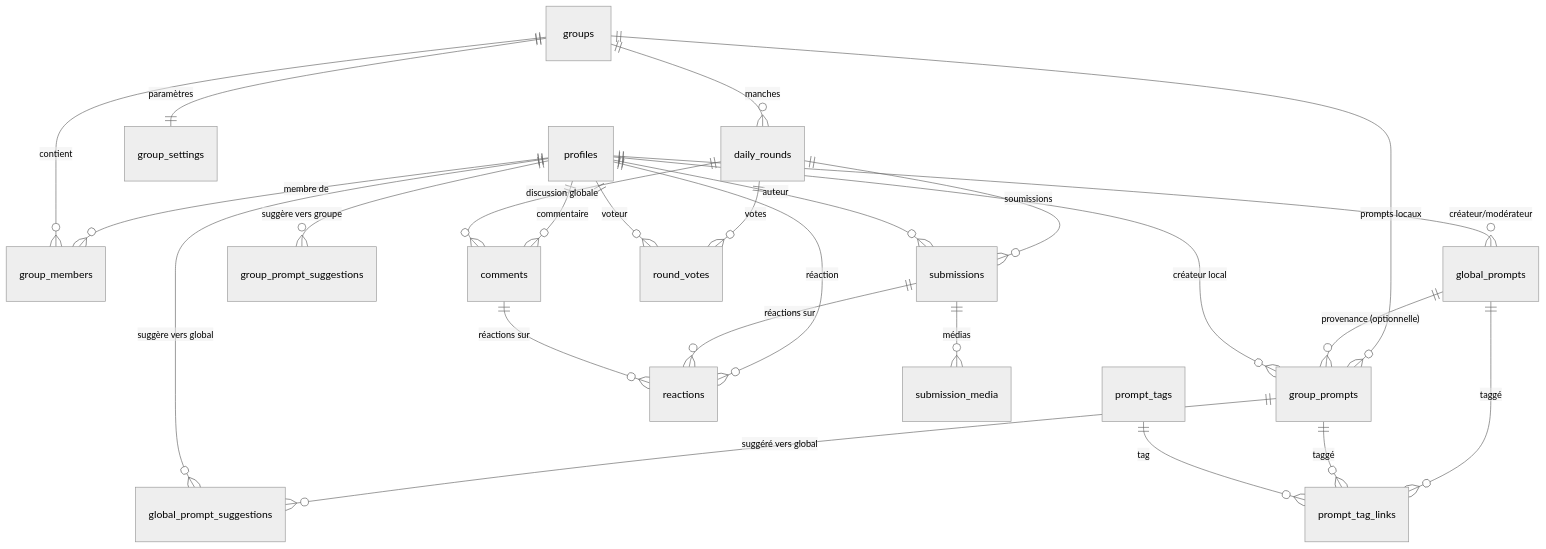
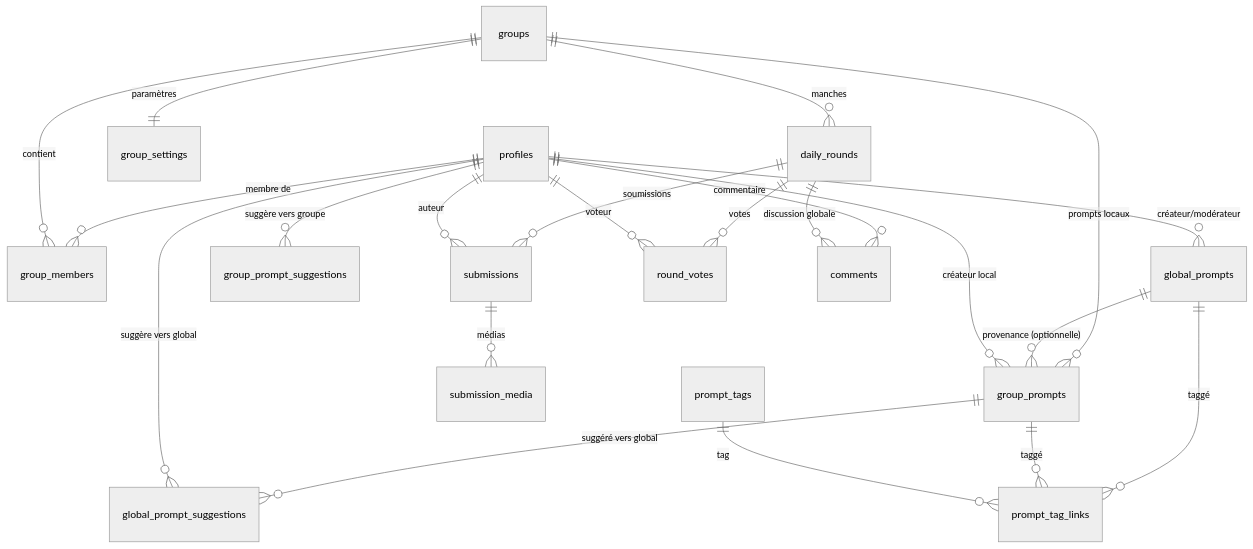
One commit to Adrien490/jimboa changed the first of 2 diagrams in docs/data-model.md. Above: the diagram before and after it, drawn with Mermaid (neutral theme). The commit also changed other lines of this file and 3 other files, not shown here.

````diff
--- a/docs/data-model.md
+++ b/docs/data-model.md
@@ -5,27 +5,25 @@
 ```mermaid
 erDiagram
     profiles ||--o{ group_members : "membre de"
     groups ||--|| group_settings : "paramètres"
     groups ||--o{ group_members : "contient"
     groups ||--o{ daily_rounds : "manches"
     groups ||--o{ group_prompts : "prompts locaux"
     global_prompts ||--o{ group_prompts : "provenance (optionnelle)"
     profiles ||--o{ group_prompt_suggestions : "suggère vers groupe"
     group_prompts ||--o{ global_prompt_suggestions : "suggéré vers global"
     profiles ||--o{ global_prompt_suggestions : "suggère vers global"
     profiles ||--o{ global_prompts : "créateur/modérateur"
     profiles ||--o{ group_prompts : "créateur local"
     daily_rounds ||--o{ submissions : "soumissions"
     daily_rounds ||--o{ round_votes : "votes"
     profiles ||--o{ submissions : "auteur"
     profiles ||--o{ comments : "commentaire"
-    profiles ||--o{ reactions : "réaction"
     profiles ||--o{ round_votes : "voteur"
     daily_rounds ||--o{ comments : "discussion globale"
     submissions ||--o{ submission_media : "médias"
-    submissions ||--o{ reactions : "réactions sur"
-    comments ||--o{ reactions : "réactions sur"
+    %% Reactions supprimées
     global_prompts ||--o{ prompt_tag_links : "taggé"
     group_prompts ||--o{ prompt_tag_links : "taggé"
     prompt_tags ||--o{ prompt_tag_links : "tag"
 ```
````
